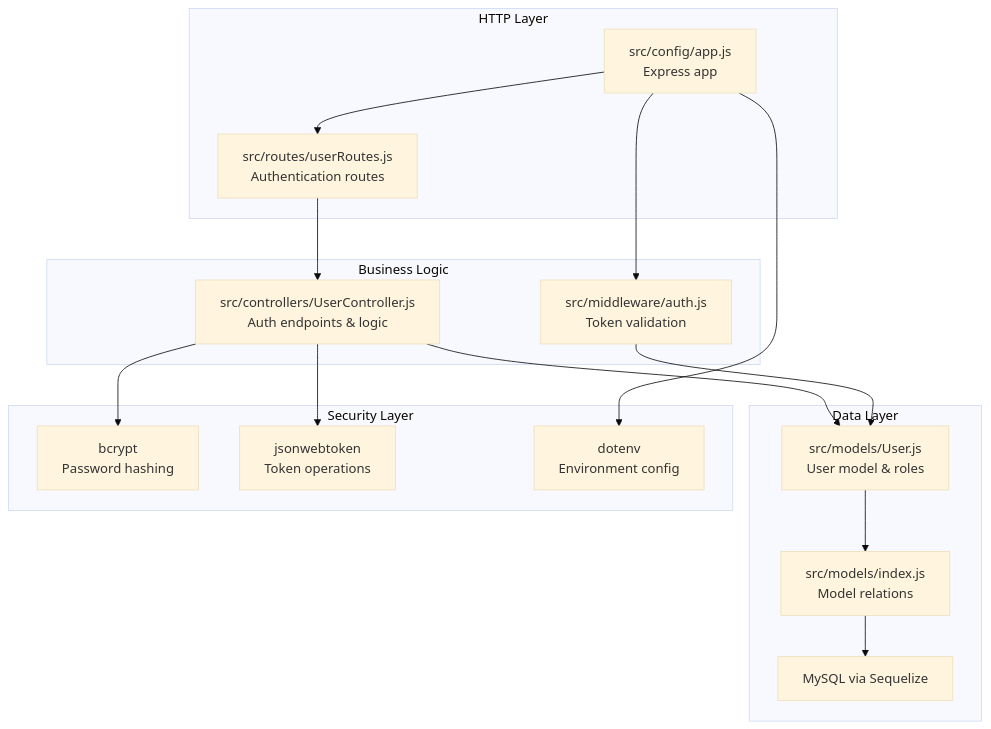
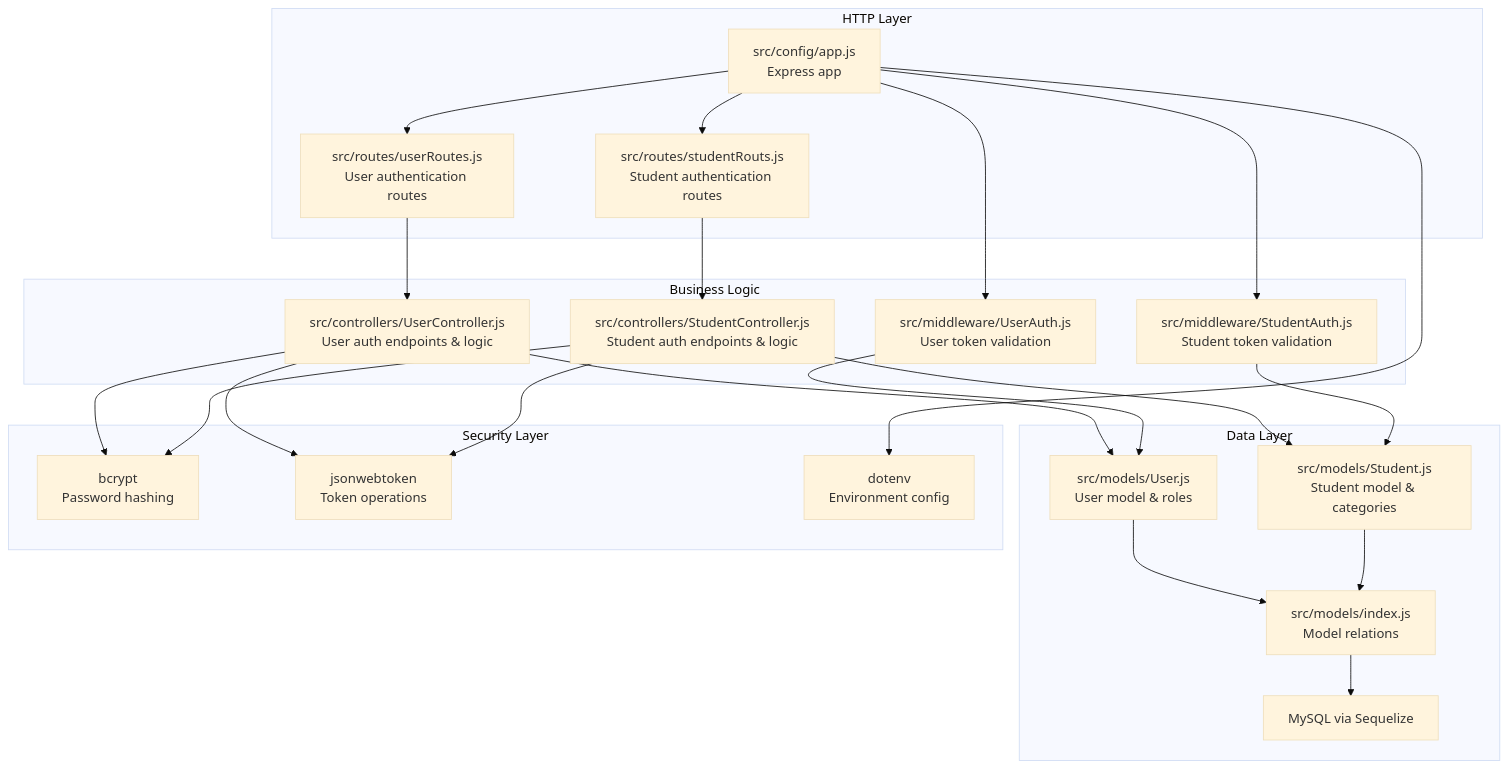
The second of 6 diagrams in .qoder/repowiki/en/content/Authentication & Authorization/Authentication & Authorization.md (Mreng78/khirocom_project), drawn with Mermaid (base theme) before and after one commit. The commit also changed other lines of this file and 17 other files, not shown here.

````diff
--- a/.qoder/repowiki/en/content/Authentication & Authorization/Authentication & Authorization.md
+++ b/.qoder/repowiki/en/content/Authentication & Authorization/Authentication & Authorization.md
@@ -106,31 +152,43 @@
 ```mermaid
 graph TB
 subgraph "HTTP Layer"
 App["src/config/app.js<br/>Express app"]
-UserRoutes["src/routes/userRoutes.js<br/>Authentication routes"]
+UserRoutes["src/routes/userRoutes.js<br/>User authentication routes"]
+StudentRoutes["src/routes/studentRouts.js<br/>Student authentication routes"]
 end
 subgraph "Business Logic"
-UserController["src/controllers/UserController.js<br/>Auth endpoints & logic"]
-AuthMiddleware["src/middleware/auth.js<br/>Token validation"]
+UserController["src/controllers/UserController.js<br/>User auth endpoints & logic"]
+StudentController["src/controllers/StudentController.js<br/>Student auth endpoints & logic"]
+UserAuth["src/middleware/UserAuth.js<br/>User token validation"]
+StudentAuth["src/middleware/StudentAuth.js<br/>Student token validation"]
 end
 subgraph "Data Layer"
 UserModel["src/models/User.js<br/>User model & roles"]
+StudentModel["src/models/Student.js<br/>Student model & categories"]
 ModelsIndex["src/models/index.js<br/>Model relations"]
 DB["MySQL via Sequelize"]
 end
 subgraph "Security Layer"
 Bcrypt["bcrypt<br/>Password hashing"]
 JWT["jsonwebtoken<br/>Token operations"]
 Dotenv["dotenv<br/>Environment config"]
 end
 App --> UserRoutes
+App --> StudentRoutes
 UserRoutes --> UserController
-App --> AuthMiddleware
+StudentRoutes --> StudentController
+App --> UserAuth
+App --> StudentAuth
 UserController --> UserModel
-AuthMiddleware --> UserModel
+StudentController --> StudentModel
+UserAuth --> UserModel
+StudentAuth --> StudentModel
 UserModel --> ModelsIndex
+StudentModel --> ModelsIndex
 ModelsIndex --> DB
 UserController --> Bcrypt
+StudentController --> Bcrypt
 UserController --> JWT
+StudentController --> JWT
 App --> Dotenv
 ```
````
